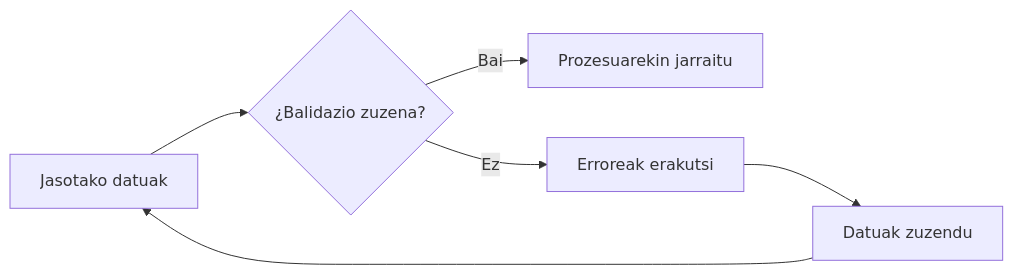
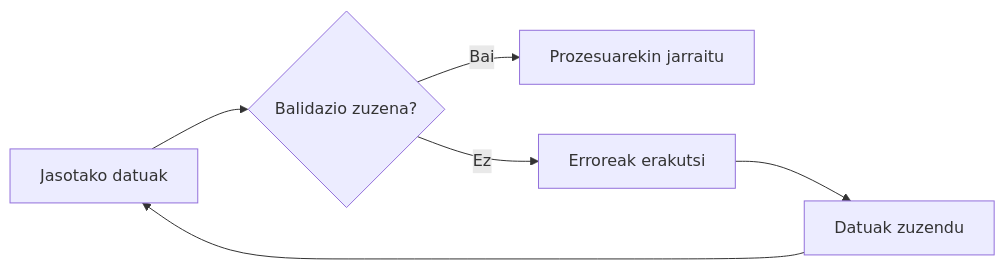
Before and after one commit to DAW-Resources-FPTxurdinaga/DW3_DesarrolloWebSeguro_2026-27: the fifth of 5 diagrams in docs/eu/2.desarrollo-seguro/2.validacion-de-entradas.md, drawn with Mermaid. The commit also changed other lines of this file and 302 other files, not shown here.

````diff
--- a/docs/eu/2.desarrollo-seguro/2.validacion-de-entradas.md
+++ b/docs/eu/2.desarrollo-seguro/2.validacion-de-entradas.md
@@ -579,12 +562,12 @@
 ```mermaid
 flowchart LR
 
 A[Jasotako datuak]
---> B{¿Balidazio zuzena?}
+--> B{Balidazio zuzena?}
 
 B -- Bai --> C[Prozesuarekin jarraitu]
 
 B -- Ez --> D[Erroreak erakutsi]
 D --> E[Datuak zuzendu]
 E --> A
 ```
````
